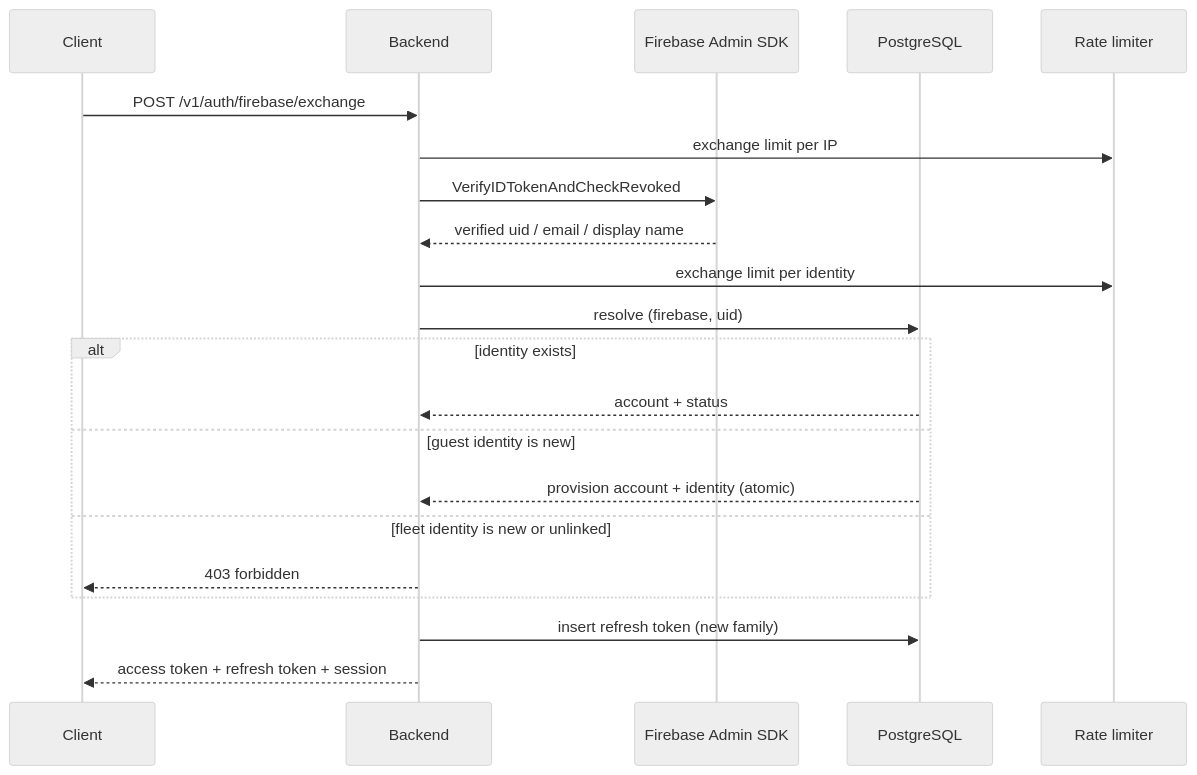
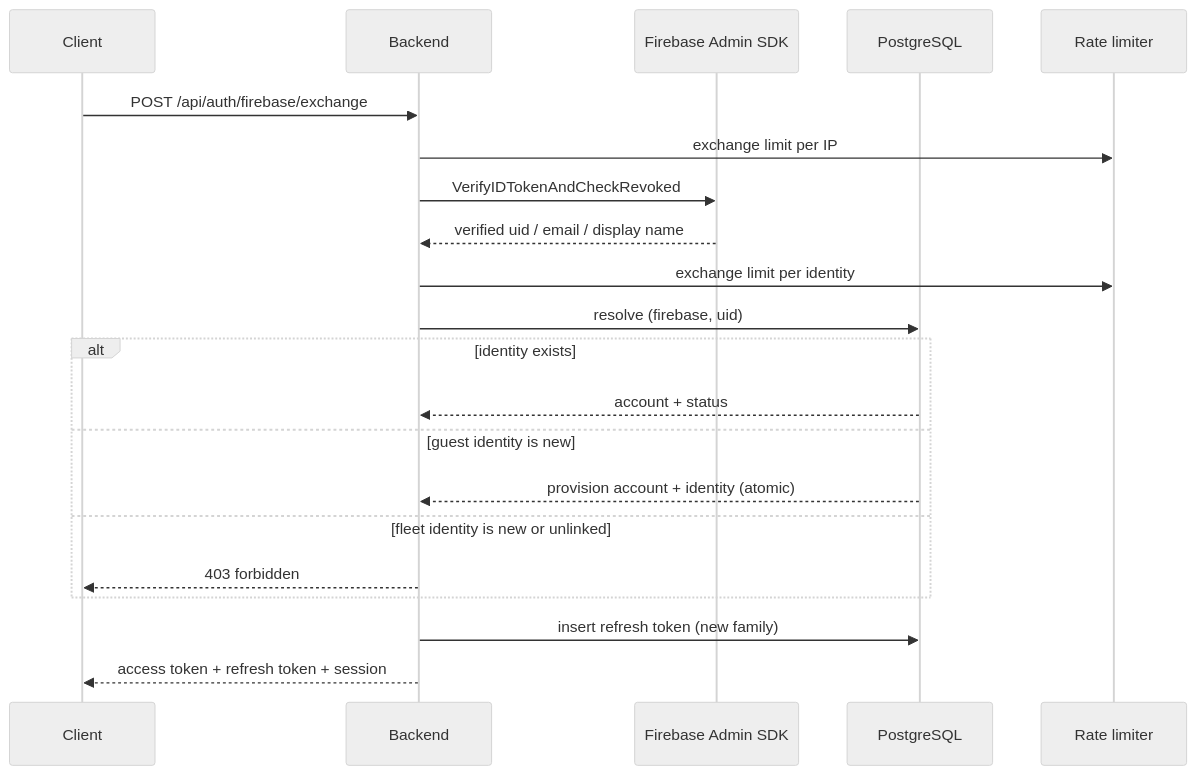
One commit to ren0503/typcoon changed the first of 2 diagrams in docs/auth.md. Above: the diagram before and after it, drawn with Mermaid (neutral theme). The commit also changed other lines of this file and 2 other files, not shown here.

First line of the commit message:
docs: sync markdown docs with current API and auth implementation

````diff
--- a/docs/auth.md
+++ b/docs/auth.md
@@ -75,24 +75,24 @@
 ```mermaid
 sequenceDiagram
     participant Client
     participant API as Backend
     participant FB as Firebase Admin SDK
     participant DB as PostgreSQL
     participant Limiter as Rate limiter
 
-    Client->>API: POST /v1/auth/firebase/exchange
+    Client->>API: POST /api/auth/firebase/exchange
     API->>Limiter: exchange limit per IP
     API->>FB: VerifyIDTokenAndCheckRevoked
     FB-->>API: verified uid / email / display name
     API->>Limiter: exchange limit per identity
     API->>DB: resolve (firebase, uid)
     alt identity exists
         DB-->>API: account + status
     else guest identity is new
         DB-->>API: provision account + identity (atomic)
     else fleet identity is new or unlinked
         API-->>Client: 403 forbidden
     end
     API->>DB: insert refresh token (new family)
     API-->>Client: access token + refresh token + session
 ```
````
